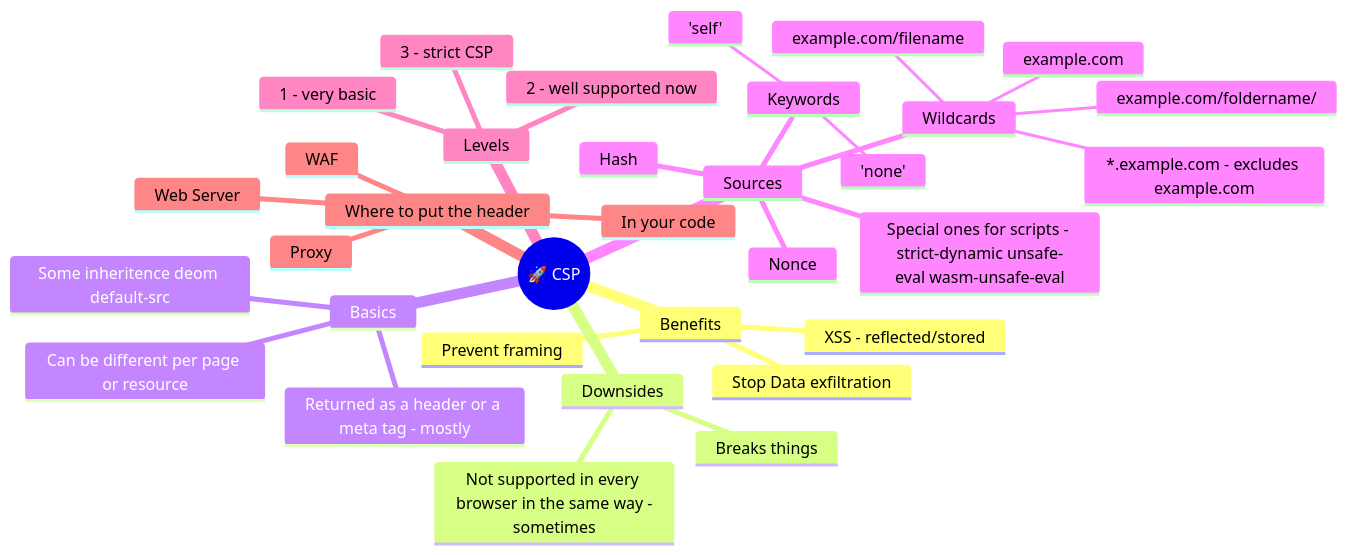
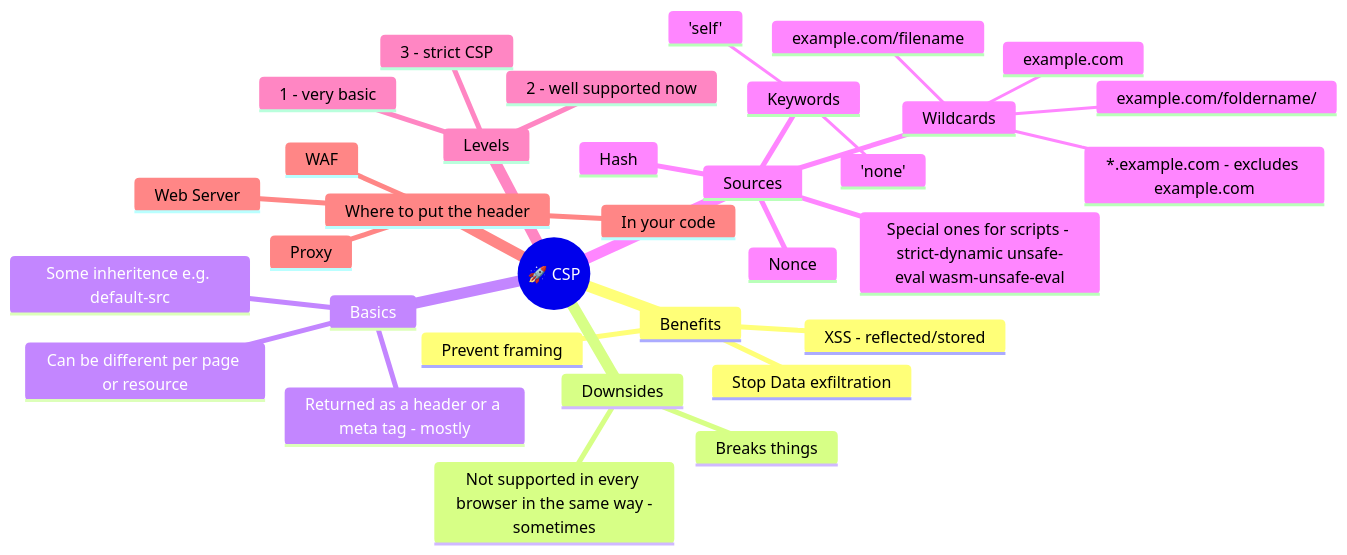
Before and after one commit to gitstua/Mindmaps: the first of 2 diagrams in csp.md, drawn with Mermaid.

Commit message:
Fix typo in CSP documentation

````diff
--- a/csp.md
+++ b/csp.md
@@ -3,36 +3,36 @@
 ```mermaid
 mindmap
   root((🚀 CSP ))
     Benefits
       XSS - reflected/stored
       Stop Data exfiltration
       Prevent framing
     Downsides
       Breaks things
       Not supported in every browser in the same way -sometimes
     Basics
       Returned as a header or a meta tag - mostly
       Can be different per page or resource
-      Some inheritence deom default-src
+      Some inheritence e.g. default-src
     Sources
       Keywords
         'self'
         'none'
       Hash
       Nonce
       Wildcards
         *.example.com - excludes example.com
         example.com
         example.com/filename
         example.com/foldername/
       Special ones for scripts - strict-dynamic unsafe-eval wasm-unsafe-eval
     Levels
       1 - very basic
       2 - well supported now
       3 - strict CSP
     Where to put the header
       In your code
       Web Server
       WAF
       Proxy
 ```
````
